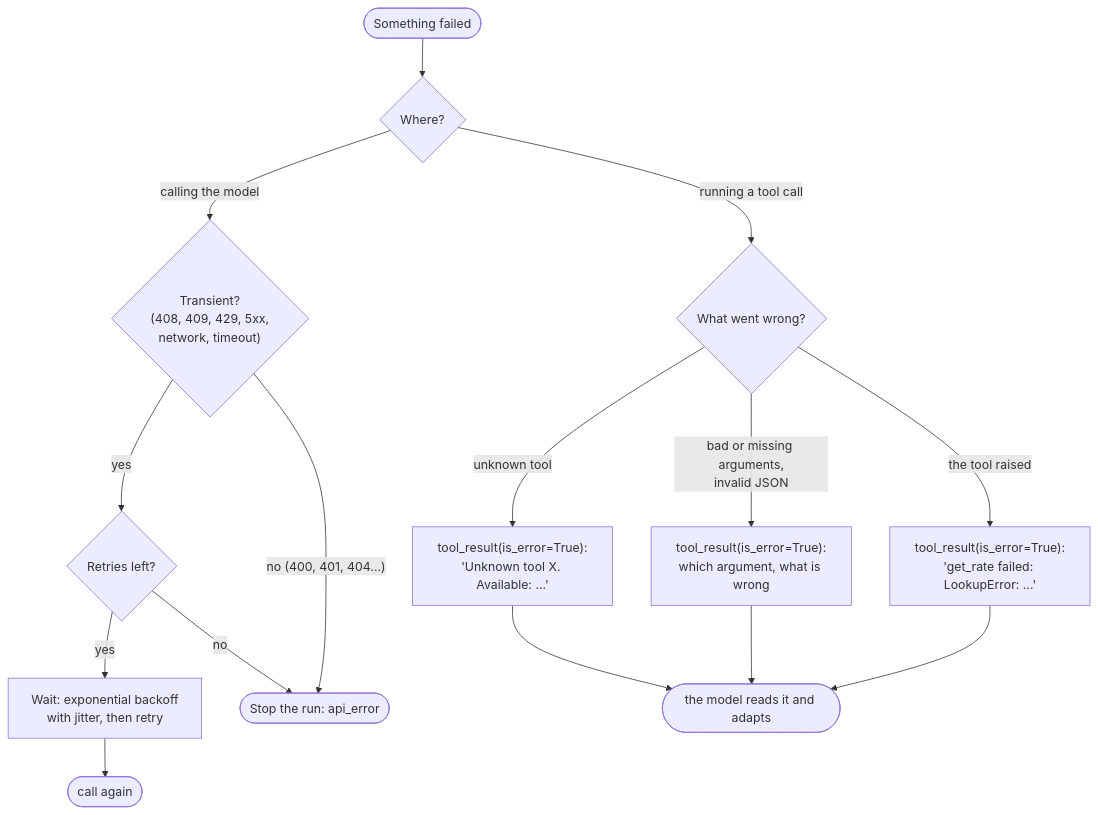
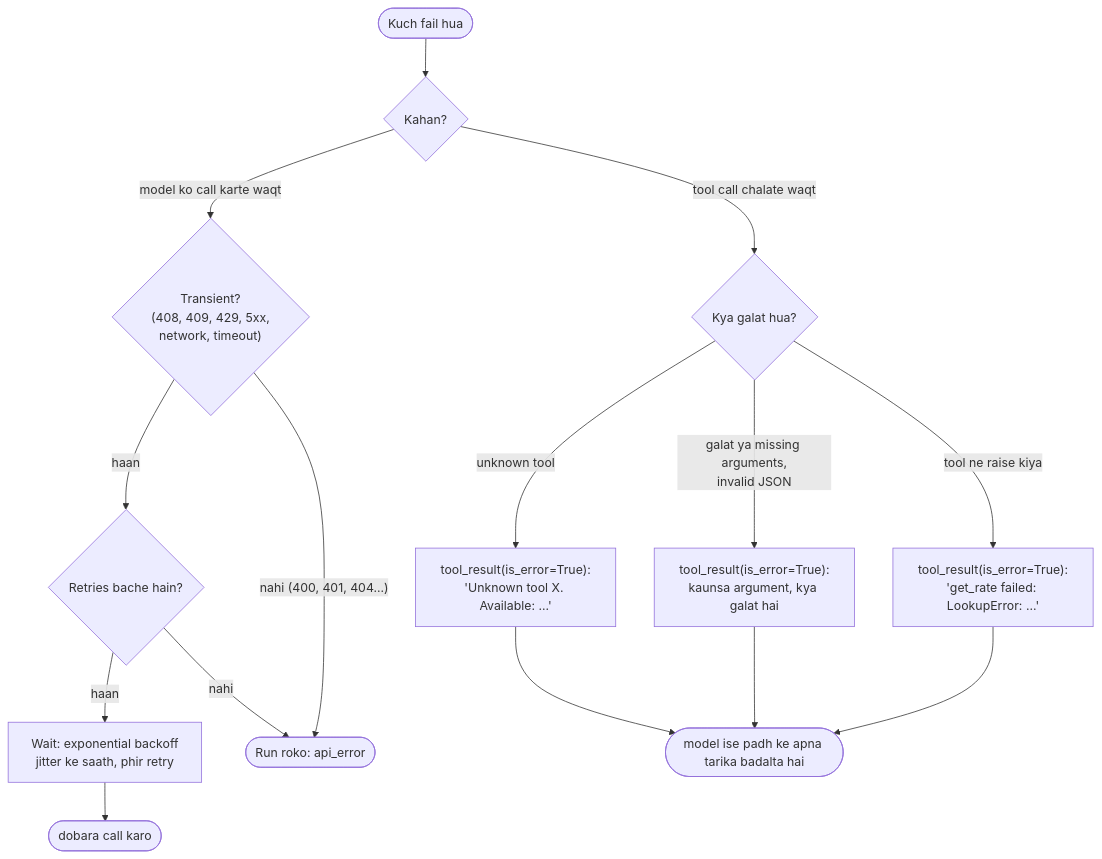
Before and after one commit to asmustechno/agentic-ai-notes: the diagram in docs/02-the-agent-loop/02.5-handling-errors-in-the-loop.md, drawn with Mermaid. The commit also changed other lines of this file and 135 other files, not shown here.

````diff
--- a/docs/02-the-agent-loop/02.5-handling-errors-in-the-loop.md
+++ b/docs/02-the-agent-loop/02.5-handling-errors-in-the-loop.md
@@ -44,14 +44,14 @@
 ```mermaid
 flowchart TD
-    E([Something failed]) --> W{Where?}
-    W -->|"calling the model"| API{"Transient?<br/>(408, 409, 429, 5xx,<br/>network, timeout)"}
-    API -->|yes| RT{"Retries left?"}
-    RT -->|yes| BO["Wait: exponential backoff<br/>with jitter, then retry"] --> CALL([call again])
-    RT -->|no| STOP(["Stop the run: api_error"])
-    API -->|"no (400, 401, 404...)"| STOP
-    W -->|"running a tool call"| T{"What went wrong?"}
+    E([Kuch fail hua]) --> W{"Kahan?"}
+    W -->|"model ko call karte waqt"| API{"Transient?<br/>(408, 409, 429, 5xx,<br/>network, timeout)"}
+    API -->|haan| RT{"Retries bache hain?"}
+    RT -->|haan| BO["Wait: exponential backoff<br/>jitter ke saath, phir retry"] --> CALL([dobara call karo])
+    RT -->|nahi| STOP(["Run roko: api_error"])
+    API -->|"nahi (400, 401, 404...)"| STOP
+    W -->|"tool call chalate waqt"| T{"Kya galat hua?"}
     T -->|"unknown tool"| ER["tool_result(is_error=True):<br/>'Unknown tool X. Available: ...'"]
-    T -->|"bad or missing arguments,<br/>invalid JSON"| ER2["tool_result(is_error=True):<br/>which argument, what is wrong"]
-    T -->|"the tool raised"| ER3["tool_result(is_error=True):<br/>'get_rate failed: LookupError: ...'"]
-    ER & ER2 & ER3 --> NEXT([the model reads it and adapts])
+    T -->|"galat ya missing arguments,<br/>invalid JSON"| ER2["tool_result(is_error=True):<br/>kaunsa argument, kya galat hai"]
+    T -->|"tool ne raise kiya"| ER3["tool_result(is_error=True):<br/>'get_rate failed: LookupError: ...'"]
+    ER & ER2 & ER3 --> NEXT([model ise padh ke apna tarika badalta hai])
 ```
````
